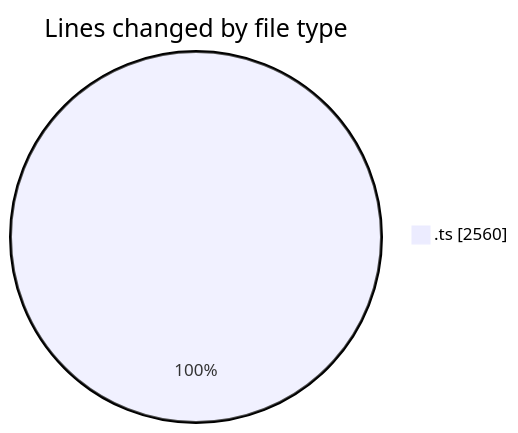
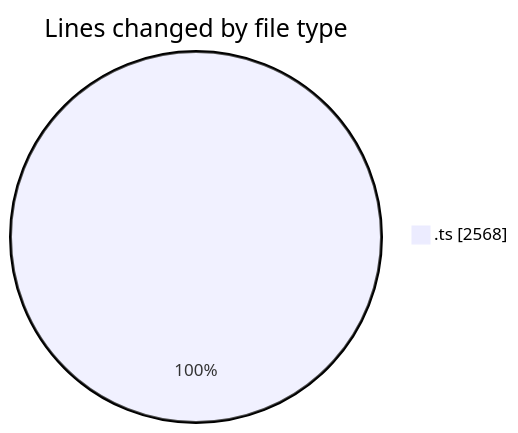
Before and after one commit to momahboobian/code-tracking: the first of 2 diagrams in 2025-08-07/cda/README.md, drawn with Mermaid. The commit also changed other lines of this file and 1 other file, not shown here.

````diff
--- a/2025-08-07/cda/README.md
+++ b/2025-08-07/cda/README.md
@@ -23,5 +23,5 @@
 ```mermaid
 pie showData
 title Lines changed by file type
-".ts" : 2560
+".ts" : 2568
 ```
````
